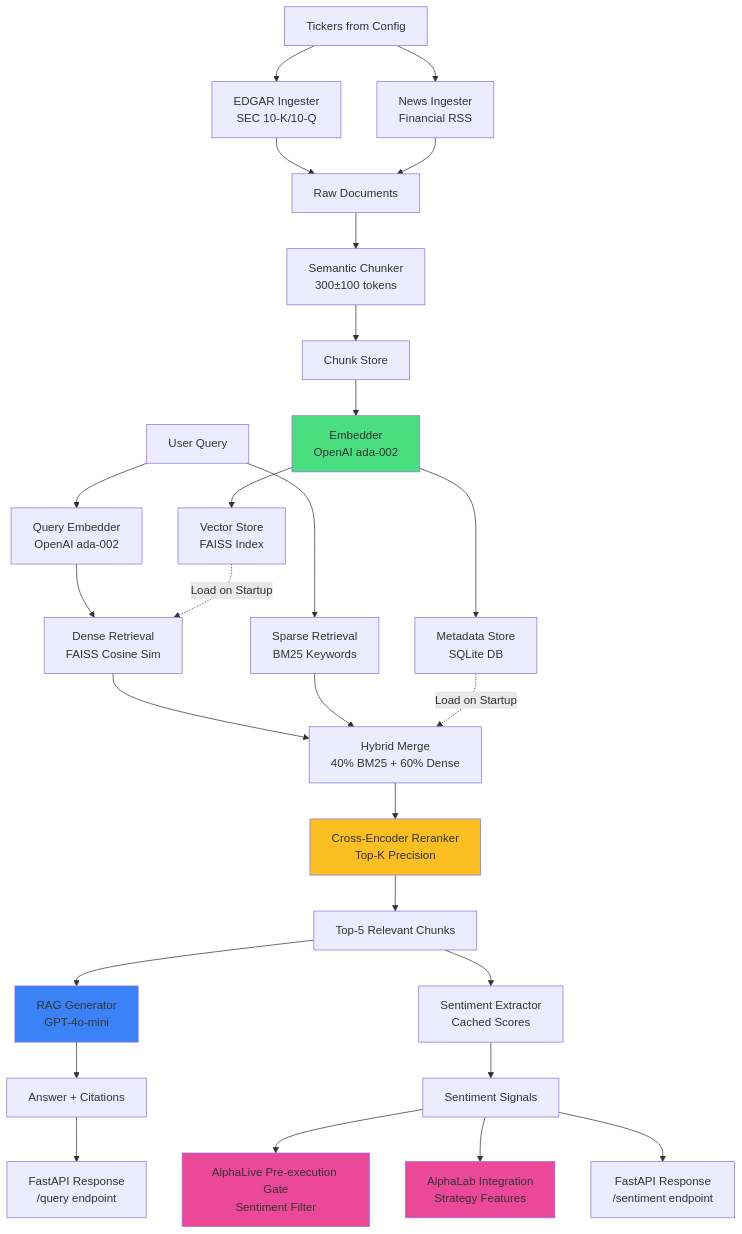
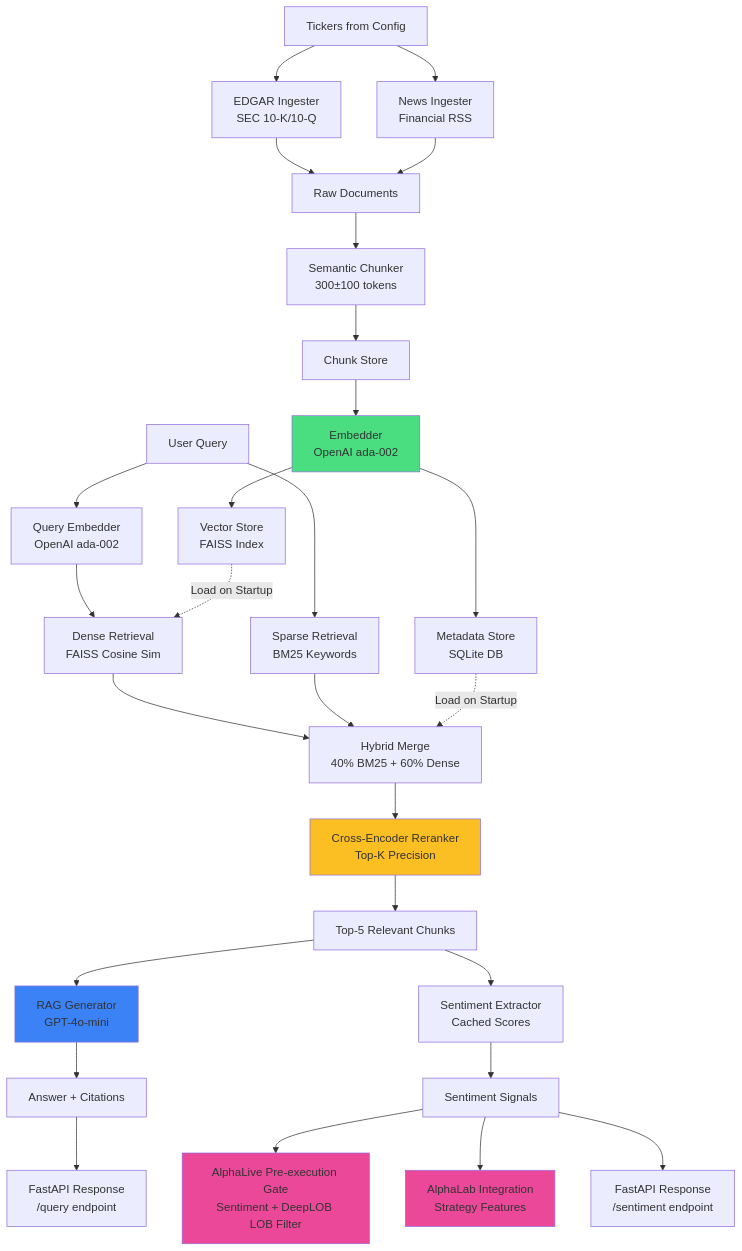
The diagram in README.md (bernardoguterres/AlphaSignal), drawn with Mermaid before and after one commit. The commit also changed other lines of this file, not shown here.

Commit message:
docs: add DeepLOB to integration table, update concurrent gate description

````diff
--- a/README.md
+++ b/README.md
@@ -7,37 +7,37 @@
 ```mermaid
 flowchart TD
     A[Tickers from Config] --> B[EDGAR Ingester<br/>SEC 10-K/10-Q]
     A --> C[News Ingester<br/>Financial RSS]
     B --> D[Raw Documents]
     C --> D
     D --> E[Semantic Chunker<br/>300±100 tokens]
     E --> F[Chunk Store]
     F --> G[Embedder<br/>OpenAI ada-002]
     G --> H[Vector Store<br/>FAISS Index]
     G --> I[Metadata Store<br/>SQLite DB]
     
     J[User Query] --> K[Query Embedder<br/>OpenAI ada-002]
     K --> L[Dense Retrieval<br/>FAISS Cosine Sim]
     J --> M[Sparse Retrieval<br/>BM25 Keywords]
     L --> N[Hybrid Merge<br/>40% BM25 + 60% Dense]
     M --> N
     N --> O[Cross-Encoder Reranker<br/>Top-K Precision]
     O --> P[Top-5 Relevant Chunks]
     P --> Q[RAG Generator<br/>GPT-4o-mini]
     P --> R[Sentiment Extractor<br/>Cached Scores]
     Q --> S[Answer + Citations]
     R --> T[Sentiment Signals]
-    T --> U[AlphaLive Pre-execution Gate<br/>Sentiment Filter]
+    T --> U[AlphaLive Pre-execution Gate<br/>Sentiment + DeepLOB LOB Filter]
     T --> UA[AlphaLab Integration<br/>Strategy Features]
     S --> V[FastAPI Response<br/>/query endpoint]
     T --> W[FastAPI Response<br/>/sentiment endpoint]
     
     H -.->|Load on Startup| L
     I -.->|Load on Startup| N
     
     style G fill:#4ade80
     style O fill:#fbbf24
     style Q fill:#3b82f6
     style U fill:#ec4899
     style UA fill:#ec4899
 ```
````
